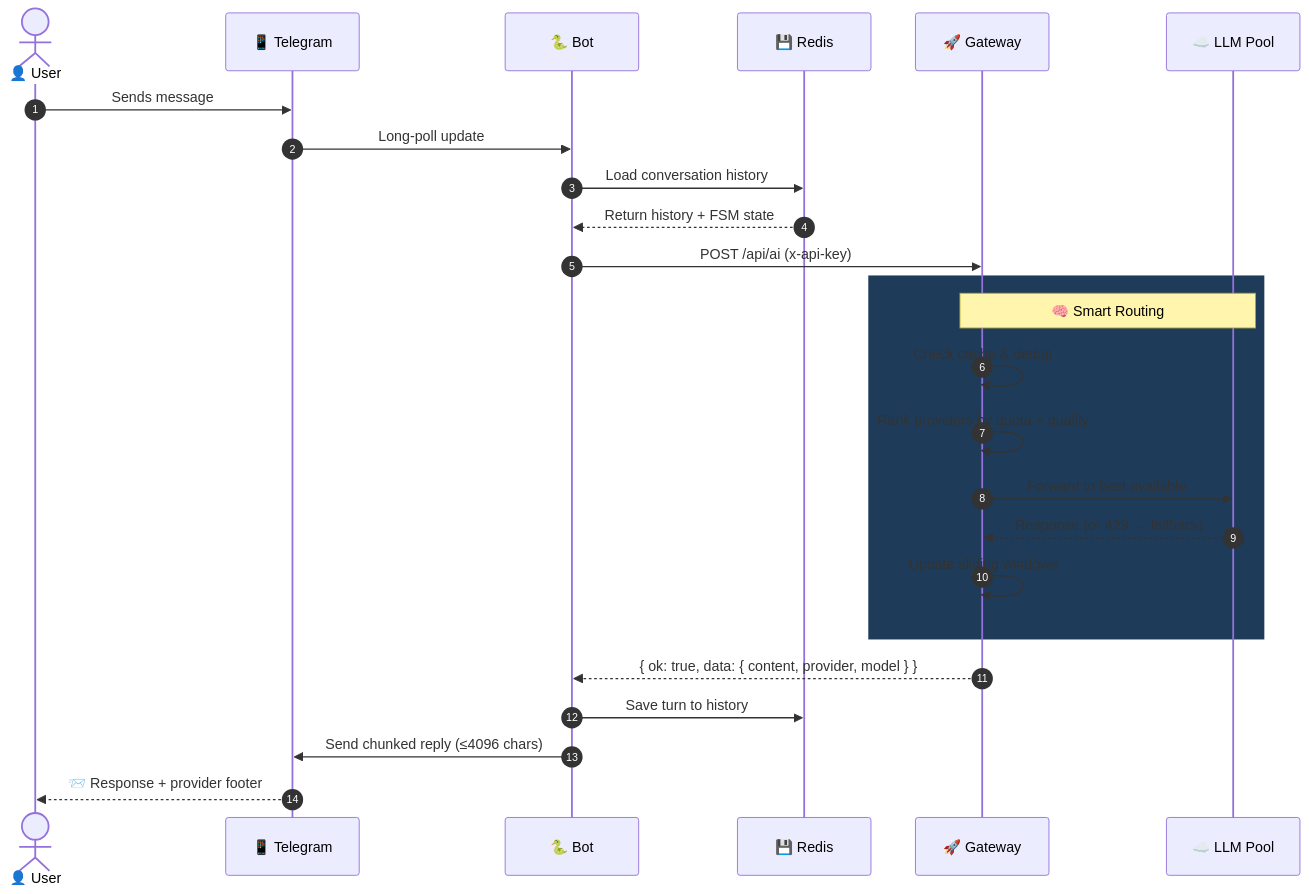
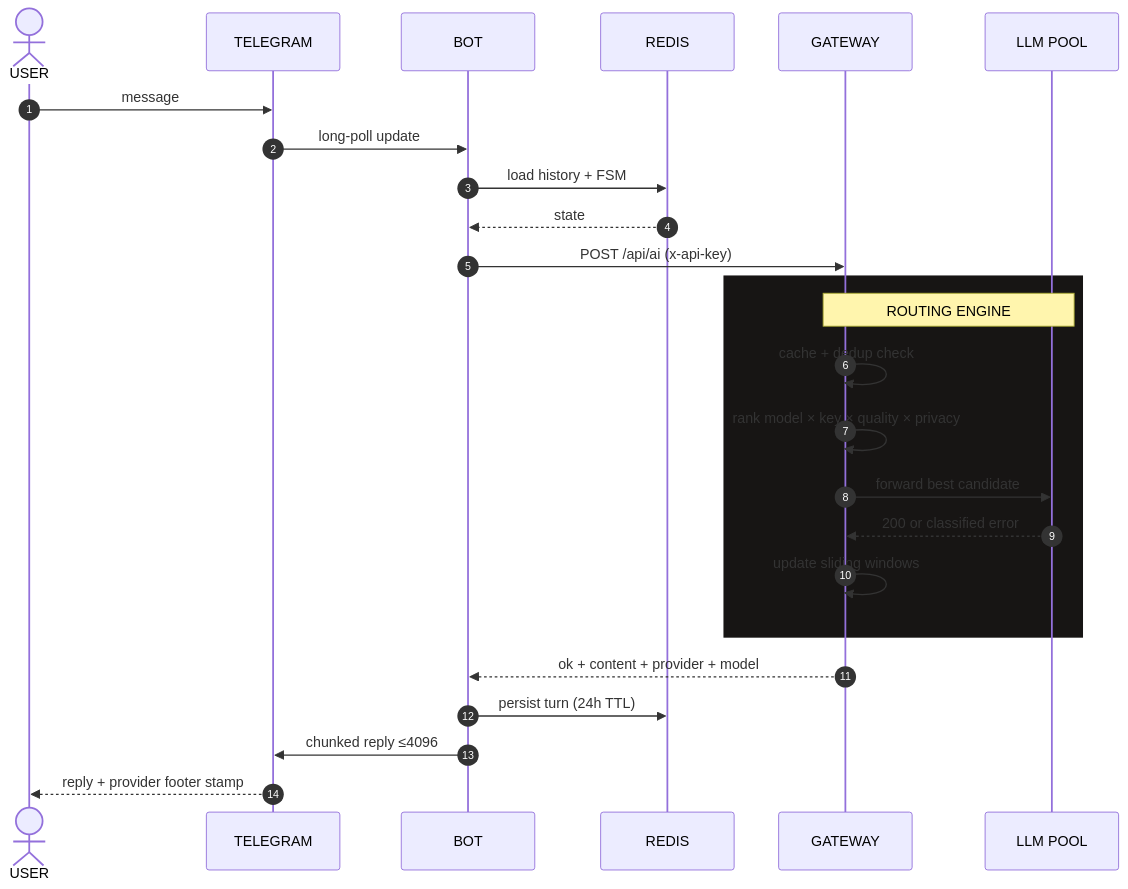
One commit to reARbitRA/konkred-AI-ecosystem changed the second of 4 diagrams in README.md. Above: the diagram before and after it, drawn with Mermaid. The commit also changed other lines of this file, not shown here.

````diff
--- a/README.md
+++ b/README.md
@@ -77,30 +101,30 @@
 ```mermaid
 sequenceDiagram
     autonumber
-    actor User as 👤 User
-    participant TG as 📱 Telegram
-    participant Bot as 🐍 Bot
-    participant RD as 💾 Redis
-    participant GW as 🚀 Gateway
-    participant LLM as ☁️ LLM Pool
+    actor U as USER
+    participant TG as TELEGRAM
+    participant B as BOT
+    participant R as REDIS
+    participant G as GATEWAY
+    participant L as LLM POOL
 
-    User->>TG: Sends message
-    TG->>Bot: Long-poll update
-    Bot->>RD: Load conversation history
-    RD-->>Bot: Return history + FSM state
-    Bot->>GW: POST /api/ai (x-api-key)
-    
-    rect rgb(30, 60, 90)
-        Note over GW,LLM: 🧠 Smart Routing
-        GW->>GW: Check cache & dedup
-        GW->>GW: Rank providers by quota + quality
-        GW->>LLM: Forward to best available
-        LLM-->>GW: Response (or 429 → fallback)
-        GW->>GW: Update sliding windows
+    U->>TG: message
+    TG->>B: long-poll update
+    B->>R: load history + FSM
+    R-->>B: state
+    B->>G: POST /api/ai (x-api-key)
+
+    rect rgb(23,21,20)
+        Note over G,L: ROUTING ENGINE
+        G->>G: cache + dedup check
+        G->>G: rank model × key × quality × privacy
+        G->>L: forward best candidate
+        L-->>G: 200 or classified error
+        G->>G: update sliding windows
     end
-    
-    GW-->>Bot: { ok: true, data: { content, provider, model } }
-    Bot->>RD: Save turn to history
-    Bot->>TG: Send chunked reply (≤4096 chars)
-    TG-->>User: 📨 Response + provider footer
+
+    G-->>B: ok + content + provider + model
+    B->>R: persist turn (24h TTL)
+    B->>TG: chunked reply ≤4096
+    TG-->>U: reply + provider footer stamp
 ```
````
